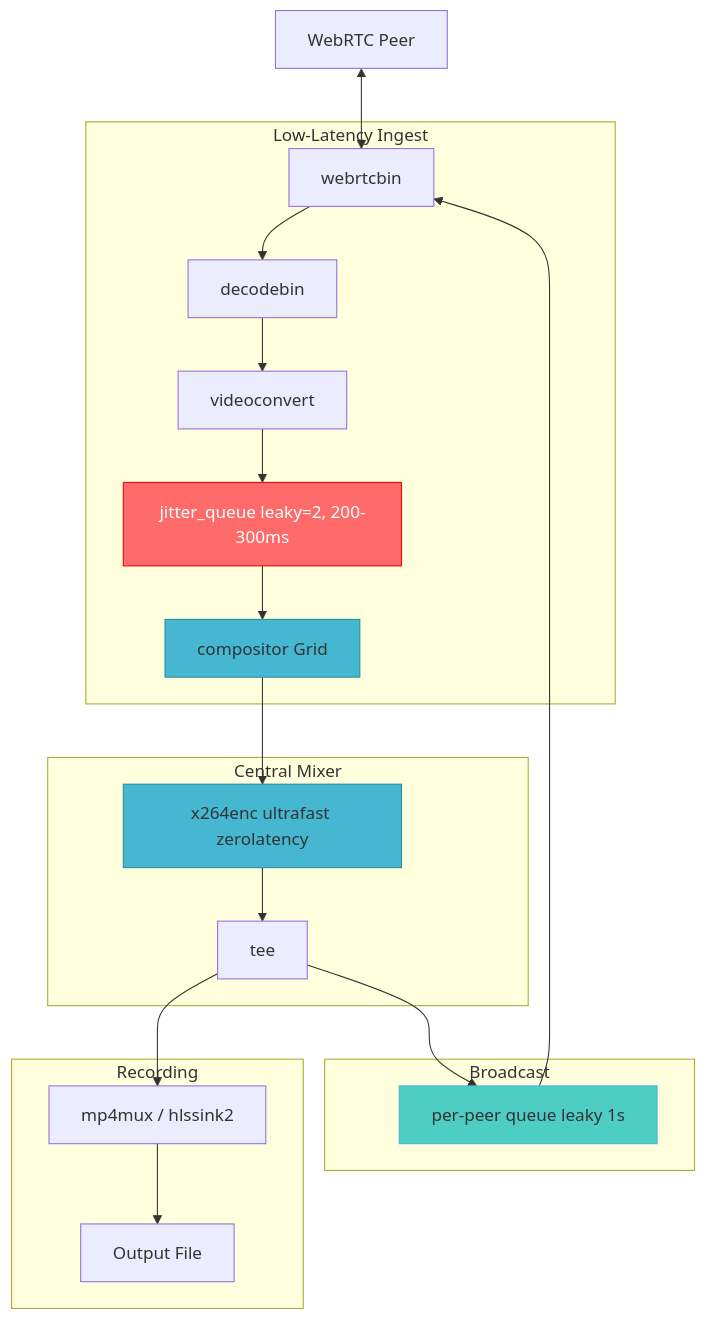
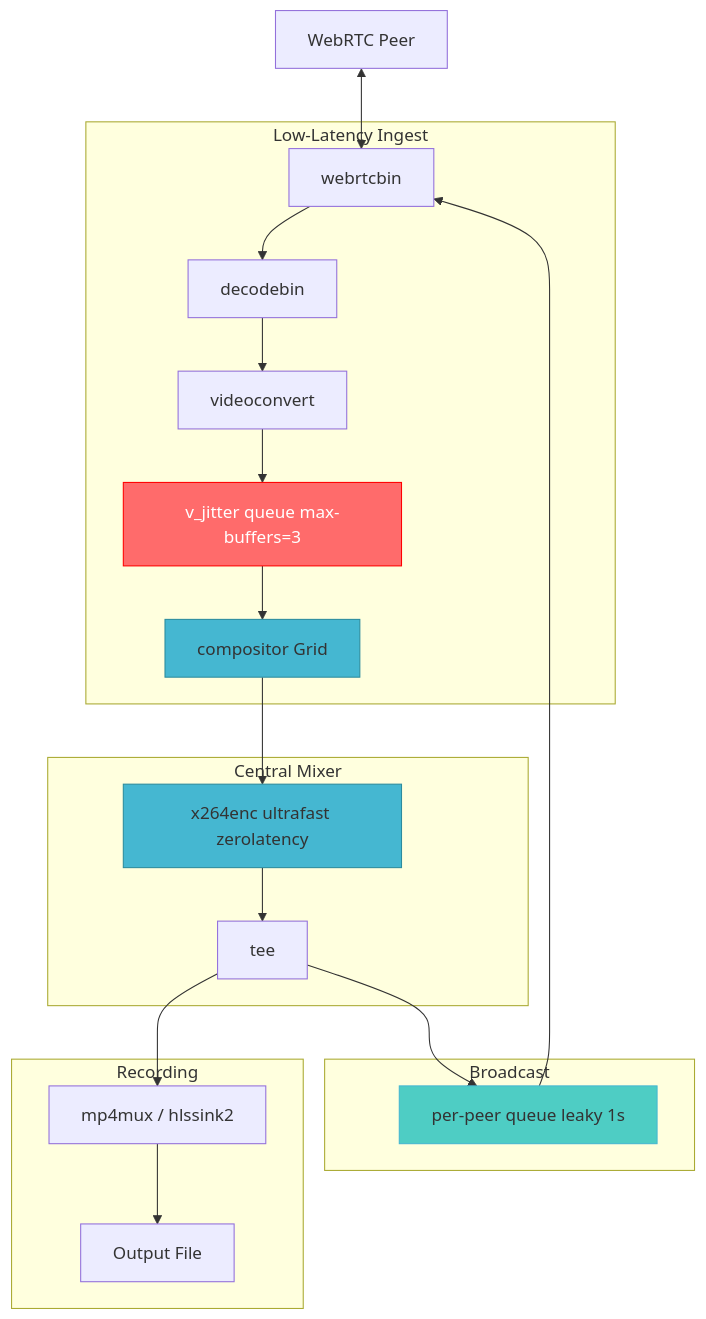
One commit to zencrypted/rtp changed the first of 2 diagrams in GST.md. Above: the diagram before and after it, drawn with Mermaid. The commit also changed other lines of this file, not shown here.

Commit message:
fix high level and low level diagrams

````diff
--- a/GST.md
+++ b/GST.md
@@ -28,26 +28,26 @@
 ```mermaid
 flowchart TD
     Peer[WebRTC Peer] <--> WB[webrtcbin]
     subgraph Ingest ["Low-Latency Ingest"]
         WB --> DB[decodebin]
         DB --> VC[videoconvert]
-        VC --> JQ[jitter_queue leaky=2, 200-300ms]
+        VC --> JQ[v_jitter queue max-buffers=3]
         JQ --> COMP[compositor Grid]
     end
     subgraph Mixer ["Central Mixer"]
         COMP --> ENC[x264enc ultrafast zerolatency]
         ENC --> TEE[tee]
     end
     subgraph Broadcast ["Broadcast"]
         TEE --> VQ[per-peer queue leaky 1s] --> WB
     end
     subgraph Recording ["Recording"]
         TEE --> MUX[mp4mux / hlssink2] --> OUT[Output File]
     end
     classDef critical fill:#FF6B6B,stroke:#FF0000,color:white
     classDef queue fill:#4ECDC4,stroke:#45B7D1
     classDef mixer fill:#45B7D1,stroke:#2C8C9E
     class JQ critical
     class VQ queue
     class COMP,ENC mixer
 ```
````
